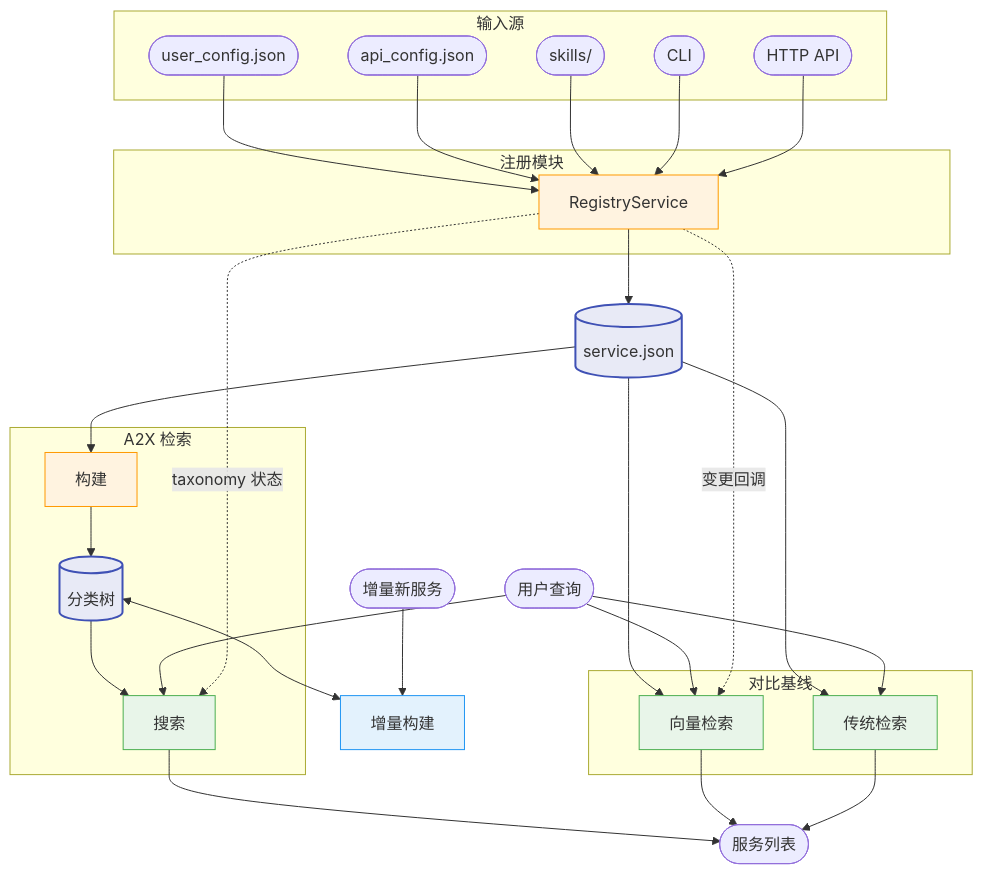
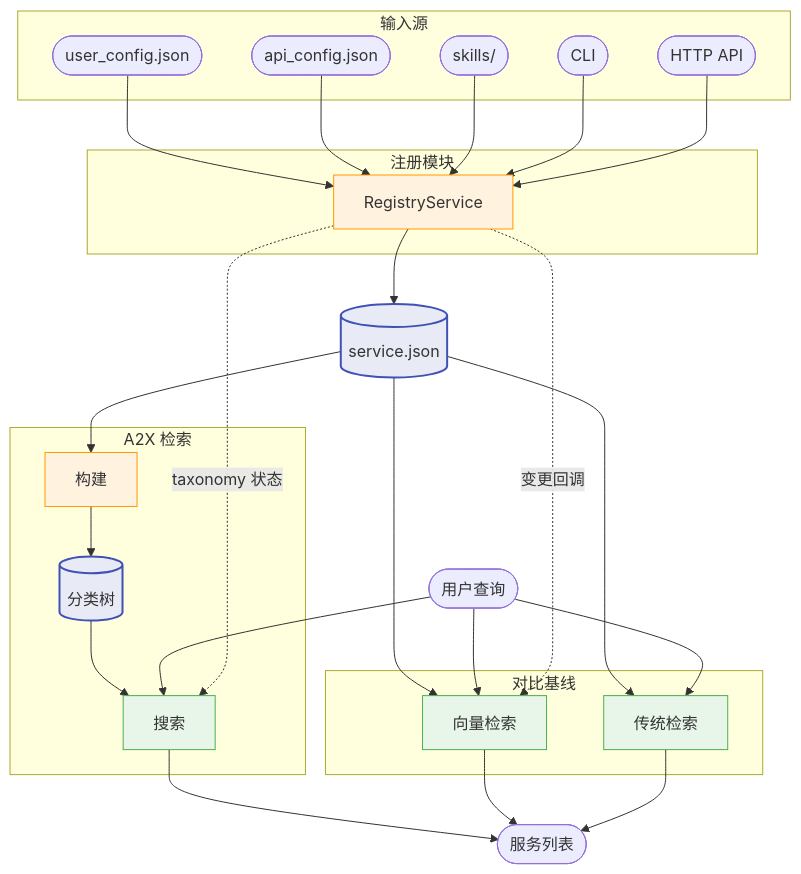
One commit to openJiuwen-ai/agent-protocol changed the first of 4 diagrams in AgentRegistry/docs/a2x_design.md. Above: the diagram before and after it, drawn with Mermaid. The commit also changed other lines of this file and 124 other files, not shown here.

````diff
--- a/AgentRegistry/docs/a2x_design.md
+++ b/AgentRegistry/docs/a2x_design.md
@@ -48,57 +45,53 @@
 ```mermaid
 graph TB
     subgraph INPUT[输入源]
         UC([user_config.json])
         AC([api_config.json])
         SK([skills/])
         CLI([CLI])
         API([HTTP API])
     end
 
     subgraph REG[注册模块]
         RS[RegistryService]
     end
 
     UC --> RS
     AC --> RS
     SK --> RS
     CLI --> RS
     API --> RS
     RS --> SJ[(service.json)]
 
     subgraph A2X[A2X 检索]
         BUILD[构建] --> TAX[(分类树)]
         TAX --> SEARCH[搜索]
     end
 
     subgraph BASELINE[对比基线]
         VEC[向量检索]
         TRAD[传统检索]
     end
 
     SJ --> BUILD
     SJ --> VEC
     SJ --> TRAD
 
     QRY([用户查询]) --> SEARCH
     QRY --> VEC
     QRY --> TRAD
     SEARCH --> RES([服务列表])
     VEC --> RES
     TRAD --> RES
 
     RS -.->|taxonomy 状态| SEARCH
     RS -.->|变更回调| VEC
 
-    NEW([增量新服务]) --> INCR[增量构建]
-    TAX <--> INCR
-
     style TAX fill:#e8eaf6,stroke:#3f51b5,stroke-width:2px
     style SJ fill:#e8eaf6,stroke:#3f51b5,stroke-width:2px
     style RS fill:#fff3e0,stroke:#ff9800
     style BUILD fill:#fff3e0,stroke:#ff9800
     style SEARCH fill:#e8f5e9,stroke:#4caf50
     style VEC fill:#e8f5e9,stroke:#4caf50
     style TRAD fill:#e8f5e9,stroke:#4caf50
-    style INCR fill:#e3f2fd,stroke:#2196f3
 ```
````
